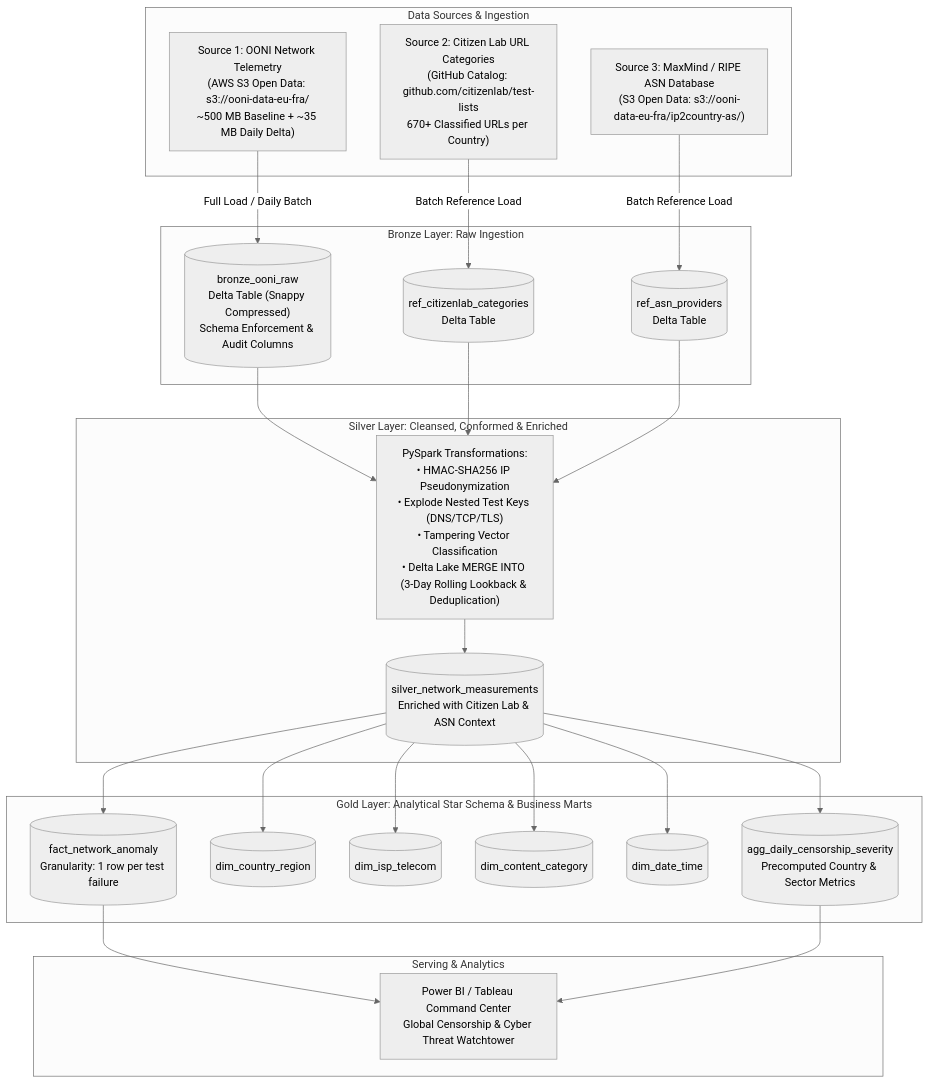
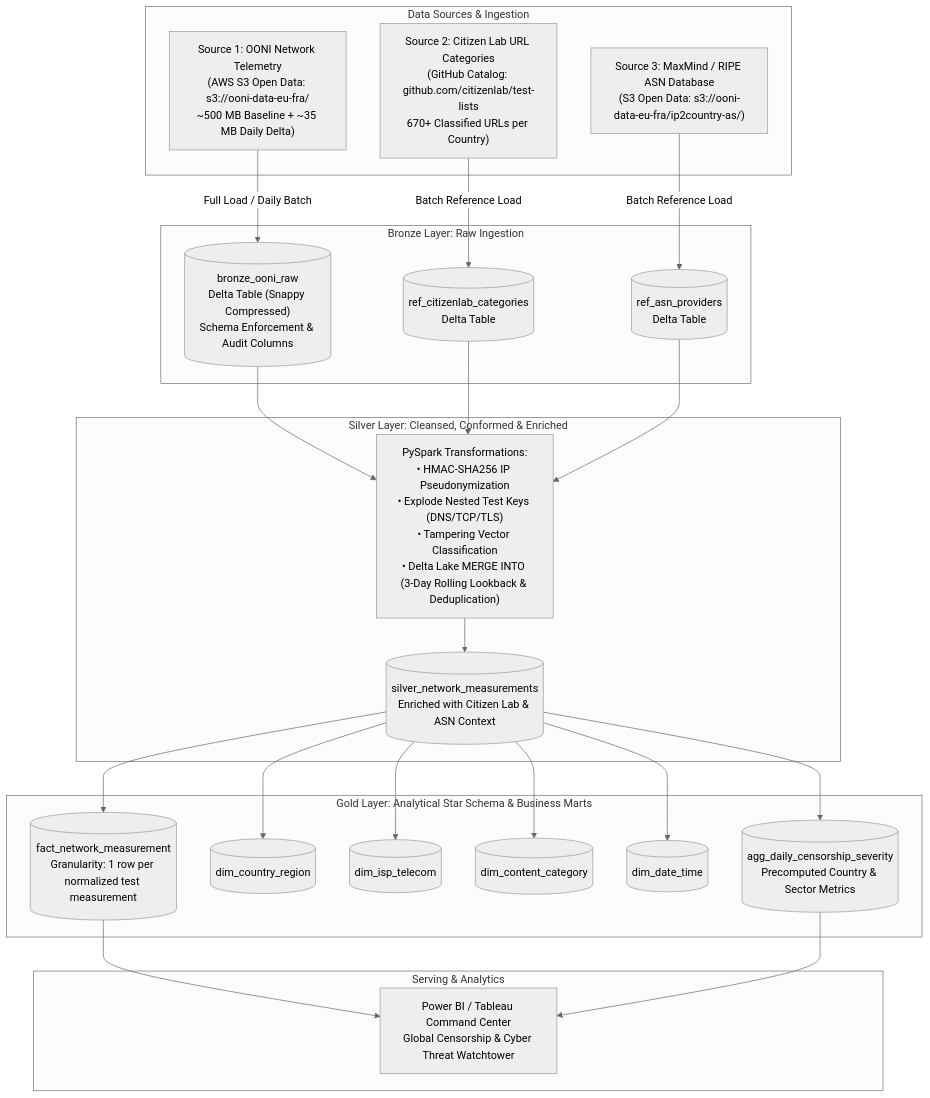
The first of 2 diagrams in Docs/Phase 1/phase1_proposal.md (Muhammad-Ibrahim-001/Project-Panopticon), drawn with Mermaid (neutral theme) before and after one commit. The commit also changed other lines of this file and 21 other files, not shown here.

First line of the commit message:
chore(silver): reconcile schema contracts, engineering audit, and review documentation

````diff
--- a/Docs/Phase 1/phase1_proposal.md
+++ b/Docs/Phase 1/phase1_proposal.md
@@ -33,51 +33,51 @@
 ```mermaid
 flowchart TB
     subgraph SOURCING ["Data Sources & Ingestion"]
         S1["Source 1: OONI Network Telemetry<br/>(AWS S3 Open Data: s3://ooni-data-eu-fra/<br/>~500 MB Baseline + ~35 MB Daily Delta)"]
         S2["Source 2: Citizen Lab URL Categories<br/>(GitHub Catalog: github.com/citizenlab/test-lists<br/>670+ Classified URLs per Country)"]
         S3["Source 3: MaxMind / RIPE ASN Database<br/>(S3 Open Data: s3://ooni-data-eu-fra/ip2country-as/)"]
     end
 
     subgraph BRONZE ["Bronze Layer: Raw Ingestion"]
         B1[("bronze_ooni_raw<br/>Delta Table (Snappy Compressed)<br/>Schema Enforcement & Audit Columns")]
         B2[("ref_citizenlab_categories<br/>Delta Table")]
         B3[("ref_asn_providers<br/>Delta Table")]
     end
 
     subgraph SILVER ["Silver Layer: Cleansed, Conformed & Enriched"]
         S_CLEAN["PySpark Transformations:<br/>• HMAC-SHA256 IP Pseudonymization<br/>• Explode Nested Test Keys (DNS/TCP/TLS)<br/>• Tampering Vector Classification<br/>• Delta Lake MERGE INTO (3-Day Rolling Lookback & Deduplication)"]
         S_TABLES[("silver_network_measurements<br/>Enriched with Citizen Lab & ASN Context")]
     end
 
     subgraph GOLD ["Gold Layer: Analytical Star Schema & Business Marts"]
-        G_FACT[("fact_network_anomaly<br/>Granularity: 1 row per test failure")]
+        G_FACT[("fact_network_measurement<br/>Granularity: 1 row per normalized test measurement")]
         G_DIM1[("dim_country_region")]
         G_DIM2[("dim_isp_telecom")]
         G_DIM3[("dim_content_category")]
         G_DIM4[("dim_date_time")]
         G_AGG[("agg_daily_censorship_severity<br/>Precomputed Country & Sector Metrics")]
     end
 
     subgraph SERVING ["Serving & Analytics"]
         DASH["Power BI / Tableau Command Center<br/>Global Censorship & Cyber Threat Watchtower"]
     end
 
     S1 -->|Full Load / Daily Batch| B1
     S2 -->|Batch Reference Load| B2
     S3 -->|Batch Reference Load| B3
 
     B1 --> S_CLEAN
     B2 --> S_CLEAN
     B3 --> S_CLEAN
     S_CLEAN --> S_TABLES
 
     S_TABLES --> G_FACT
     S_TABLES --> G_DIM1
     S_TABLES --> G_DIM2
     S_TABLES --> G_DIM3
     S_TABLES --> G_DIM4
     S_TABLES --> G_AGG
 
     G_FACT --> DASH
     G_AGG --> DASH
 ```
````
